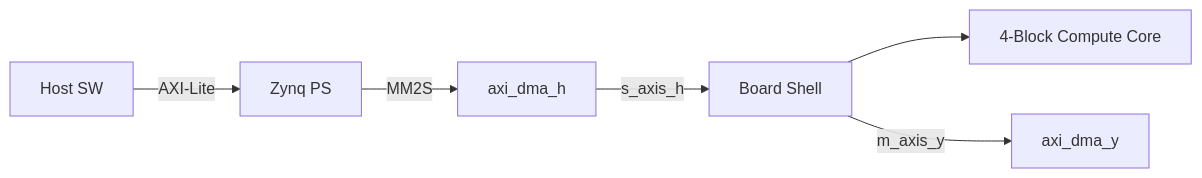
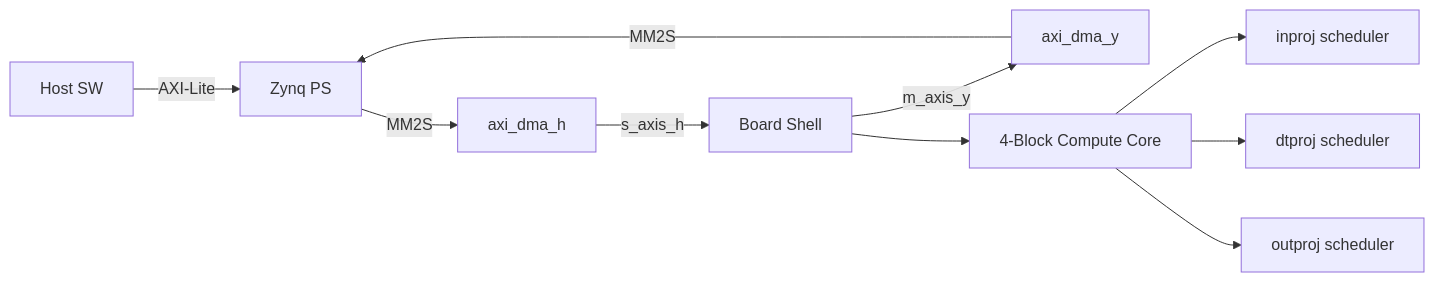
The first of 3 diagrams in docx/presentation/thesis/drawio/thesis_archi_design_notes.md (Elison-debug/Cmamba_reconstruct), drawn with Mermaid before and after one commit. The commit also changed other lines of this file and 15 other files, not shown here.

````diff
--- a/docx/presentation/thesis/drawio/thesis_archi_design_notes.md
+++ b/docx/presentation/thesis/drawio/thesis_archi_design_notes.md
@@ -50,8 +50,12 @@
 ```mermaid
 flowchart LR
     Host[Host SW] -->|AXI-Lite| PS[Zynq PS]
+    DMAY[axi_dma_y] -->|MM2S| PS
     PS -->|MM2S| DMAH[axi_dma_h]
+    Shell -->|m_axis_y| DMAY
     DMAH -->|s_axis_h| Shell[Board Shell]
     Shell --> Core[4-Block Compute Core]
-    Shell -->|m_axis_y| DMAY[axi_dma_y]
+    Core[4-Block Compute Core] --> inproj[inproj scheduler]
+    Core[4-Block Compute Core] --> dtproj[dtproj scheduler]
+    Core[4-Block Compute Core] --> outproj[outproj scheduler]
 ```
````
